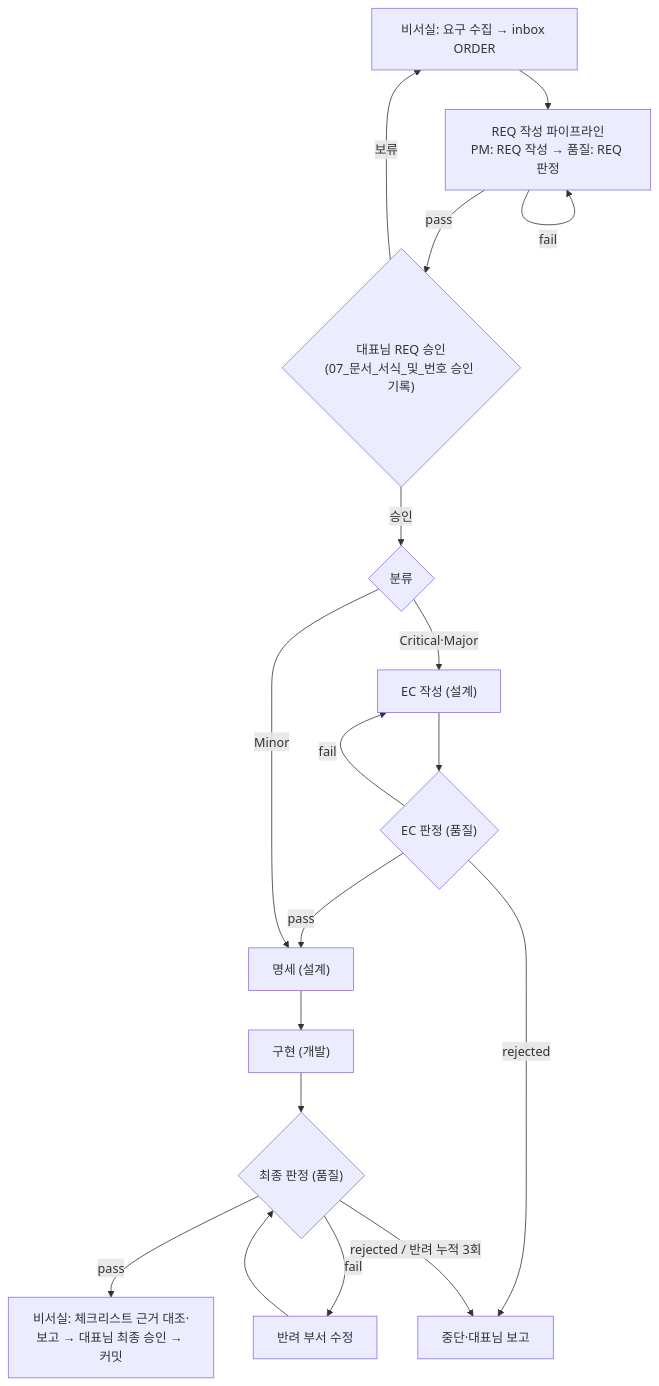
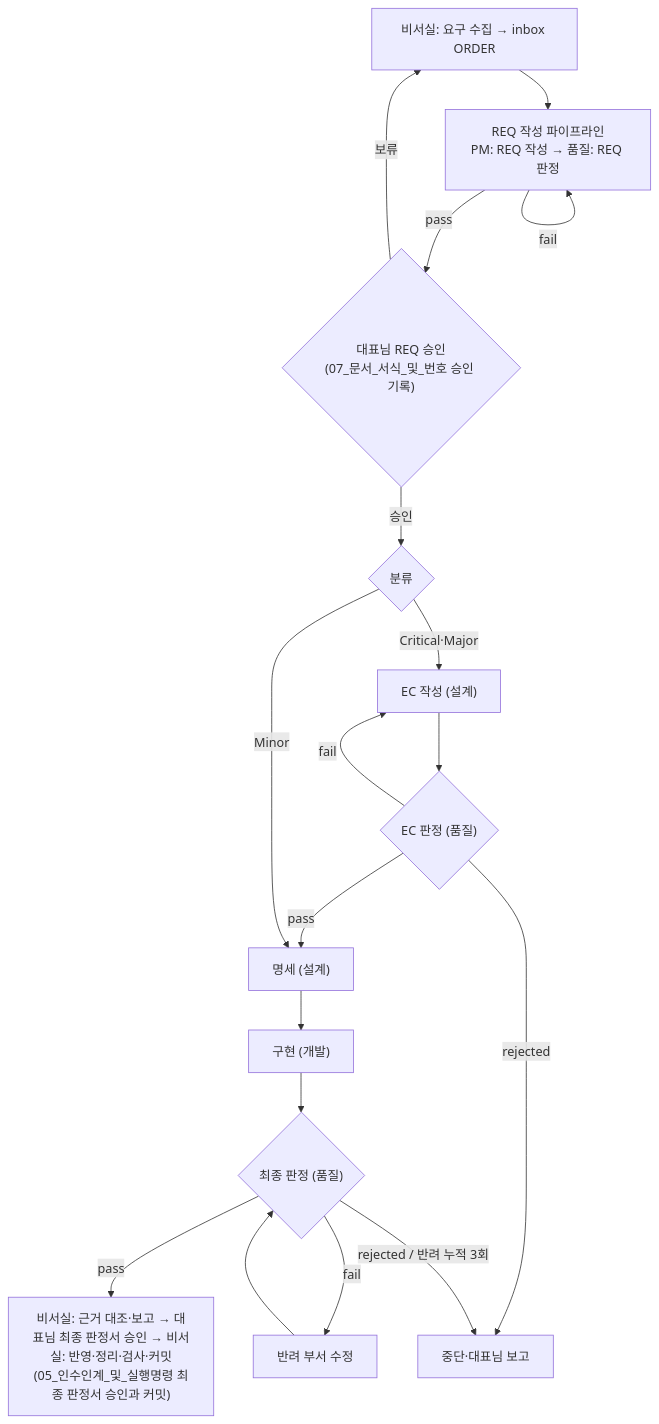
One commit to Neverblackmonday/Vibe-Standard_v06 changed the diagram in Workflow/03_라이프사이클.md. Above: the diagram before and after it, drawn with Mermaid. The commit also changed other lines of this file and 65 other files, not shown here.

````diff
--- a/Workflow/03_라이프사이클.md
+++ b/Workflow/03_라이프사이클.md
@@ -8,17 +8,17 @@
 ```mermaid
 flowchart TD
     A["비서실: 요구 수집 → inbox ORDER"] --> B["REQ 작성 파이프라인<br/>PM: REQ 작성 → 품질: REQ 판정"]
     B -- "fail" --> B
     B -- "pass" --> C{"대표님 REQ 승인<br/>(07_문서_서식_및_번호 승인 기록)"}
     C -- "보류" --> A
     C -- "승인" --> D{"분류"}
     D -- "Critical·Major" --> E["EC 작성 (설계)"] --> F{"EC 판정 (품질)"}
     F -- "fail" --> E
     F -- "pass" --> G["명세 (설계)"]
     D -- "Minor" --> G
     G --> H["구현 (개발)"] --> I{"최종 판정 (품질)"}
     I -- "fail" --> J["반려 부서 수정"] --> I
-    I -- "pass" --> K["비서실: 체크리스트 근거 대조·보고 → 대표님 최종 승인 → 커밋"]
+    I -- "pass" --> K["비서실: 근거 대조·보고 → 대표님 최종 판정서 승인 → 비서실: 반영·정리·검사·커밋<br/>(05_인수인계_및_실행명령 최종 판정서 승인과 커밋)"]
     F -- "rejected" --> X["중단·대표님 보고"]
     I -- "rejected / 반려 누적 3회" --> X
 ```
````
